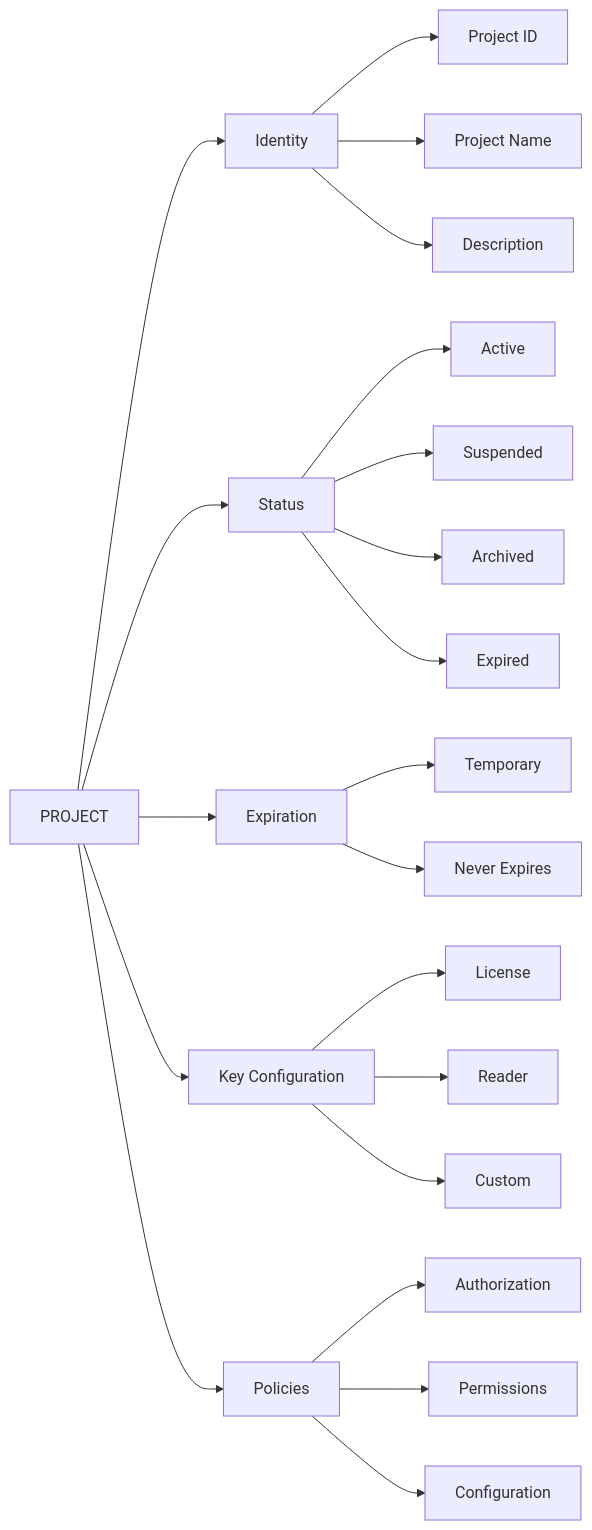
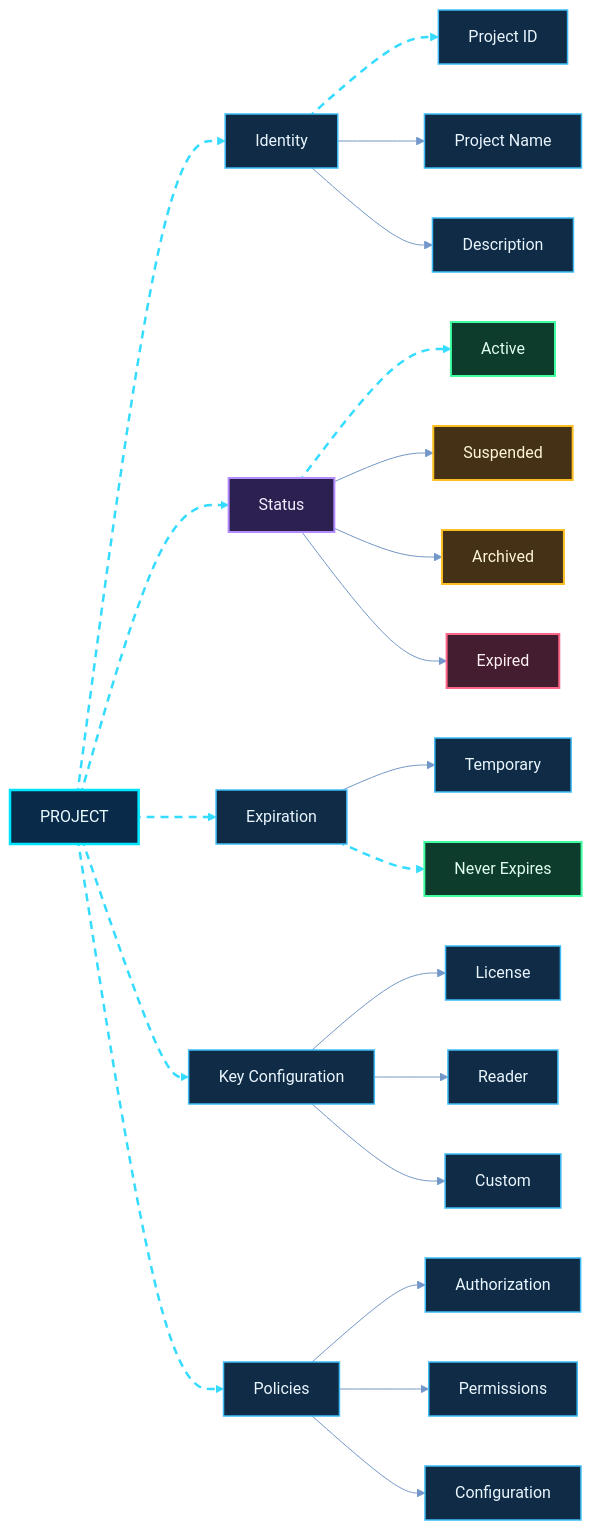
Before and after one commit to shajeduzzamanenan992008inc/NexOra-Database-key-Gen: the sixth of 23 diagrams in README.md, drawn with Mermaid. The commit also changed other lines of this file, not shown here.

````diff
--- a/README.md
+++ b/README.md
@@ -589,28 +694,50 @@
 ```mermaid
+%%{init: {"theme":"base","themeVariables":{"darkMode":true,"background":"#07111f","primaryColor":"#102744","primaryTextColor":"#e8f7ff","primaryBorderColor":"#00d9ff","lineColor":"#7297c8","secondaryColor":"#261d45","secondaryTextColor":"#f3eaff","secondaryBorderColor":"#a78bfa","tertiaryColor":"#12332b","tertiaryTextColor":"#e0fff1","tertiaryBorderColor":"#41e6a2","fontFamily":"Inter, Segoe UI, sans-serif","edgeLabelBackground":"#101d34","mainBkg":"#102744","nodeBorder":"#00d9ff","clusterBkg":"#0b1930","clusterBorder":"#6f7dff","actorBkg":"#102744","actorBorder":"#00d9ff","actorTextColor":"#e8f7ff","signalColor":"#64d8ff","signalTextColor":"#e8f7ff","noteBkgColor":"#0e332b","noteBorderColor":"#41e6a2","noteTextColor":"#e0fff1"}}}%%
 flowchart LR
-    PJ["PROJECT"] --> ID["Identity"]
-    PJ --> ST["Status"]
-    PJ --> EX["Expiration"]
-    PJ --> KC["Key Configuration"]
-    PJ --> PO["Policies"]
+    PJ["PROJECT"] nx06e01@--> ID["Identity"]
+    PJ nx06e02@--> ST["Status"]
+    PJ nx06e03@--> EX["Expiration"]
+    PJ nx06e04@--> KC["Key Configuration"]
+    PJ nx06e05@--> PO["Policies"]
 
-    ID --> ID1["Project ID"]
+    ID nx06e06@--> ID1["Project ID"]
     ID --> ID2["Project Name"]
     ID --> ID3["Description"]
 
-    ST --> ST1["Active"]
+    ST nx06e07@--> ST1["Active"]
     ST --> ST2["Suspended"]
     ST --> ST3["Archived"]
     ST --> ST4["Expired"]
 
     EX --> EX1["Temporary"]
-    EX --> EX2["Never Expires"]
+    EX nx06e08@--> EX2["Never Expires"]
 
     KC --> KC1["License"]
     KC --> KC2["Reader"]
     KC --> KC3["Custom"]
 
     PO --> PO1["Authorization"]
     PO --> PO2["Permissions"]
     PO --> PO3["Configuration"]
+
+    %% OMEGA NEX-ORA visual classes
+    %% OMEGA NEX-ORA / ULTRA NEON PALETTE
+    classDef nxCore fill:#092b49,stroke:#00e5ff,stroke-width:2.5px,color:#e9fbff;
+    classDef nxProcess fill:#102b45,stroke:#3dbcf5,stroke-width:1.5px,color:#e9f6ff;
+    classDef nxDecision fill:#2b2050,stroke:#b38cff,stroke-width:2px,color:#f3edff;
+    classDef nxSuccess fill:#0d3b2c,stroke:#3fffa0,stroke-width:2px,color:#e0fff0;
+    classDef nxDanger fill:#451d30,stroke:#ff6688,stroke-width:2px,color:#fff0f3;
+    classDef nxData fill:#12352d,stroke:#63e6be,stroke-width:2px,color:#e1fff5;
+    classDef nxExternal fill:#2b2149,stroke:#c4a5ff,stroke-width:2px,color:#f3ecff;
+    classDef nxInfo fill:#17253e,stroke:#91a7c9,stroke-width:1.5px,color:#e5efff;
+    classDef nxWarning fill:#453116,stroke:#fbbf24,stroke-width:2px,color:#fff6d6;
+    %% Moving dashed route: Mermaid applies this class to explicitly identified edges.
+    classDef nxAnimated stroke:#35dcff,stroke-width:2.5px,stroke-dasharray:8\,6,stroke-dashoffset:1000,animation:dash 24s linear infinite;
+    class PJ nxCore;
+    class ID,EX,KC,PO,ID1,ID2,ID3,EX1,KC1,KC2,KC3,PO1,PO2,PO3 nxProcess;
+    class ST nxDecision;
+    class ST1,EX2 nxSuccess;
+    class ST2,ST3 nxWarning;
+    class ST4 nxDanger;
+    class nx06e01,nx06e02,nx06e03,nx06e04,nx06e05,nx06e06,nx06e07,nx06e08 nxAnimated;
 ```
````
